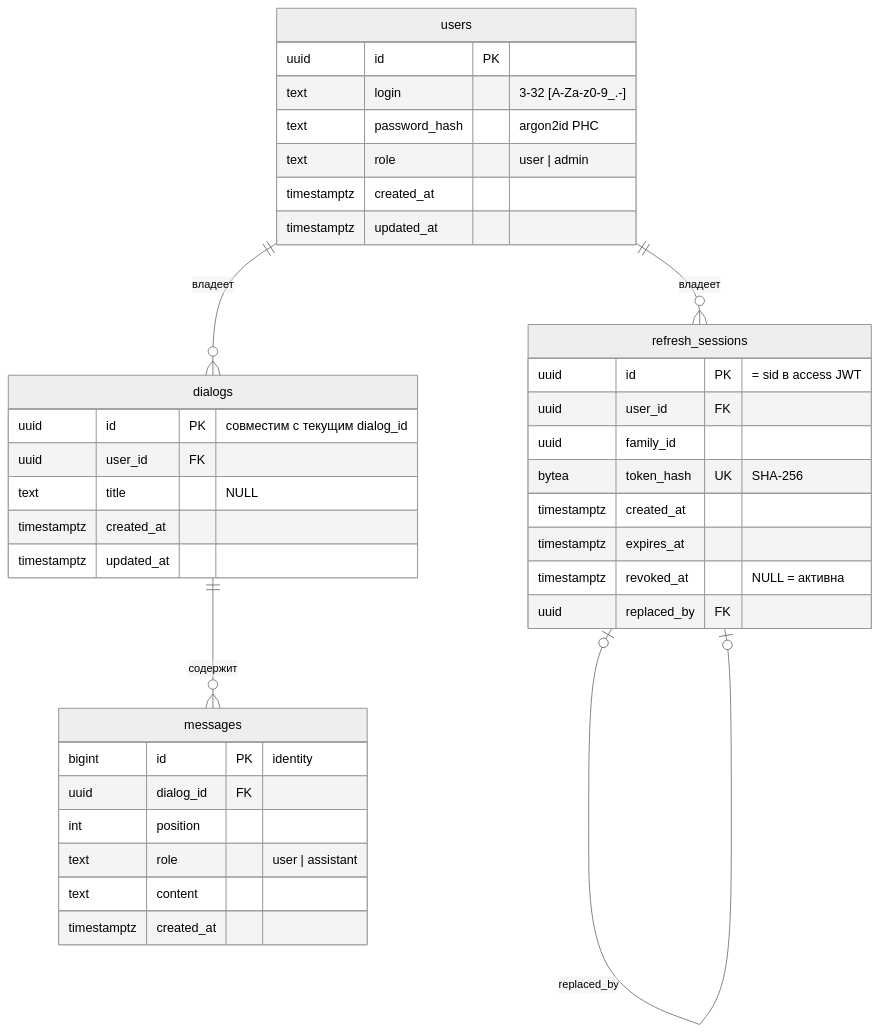
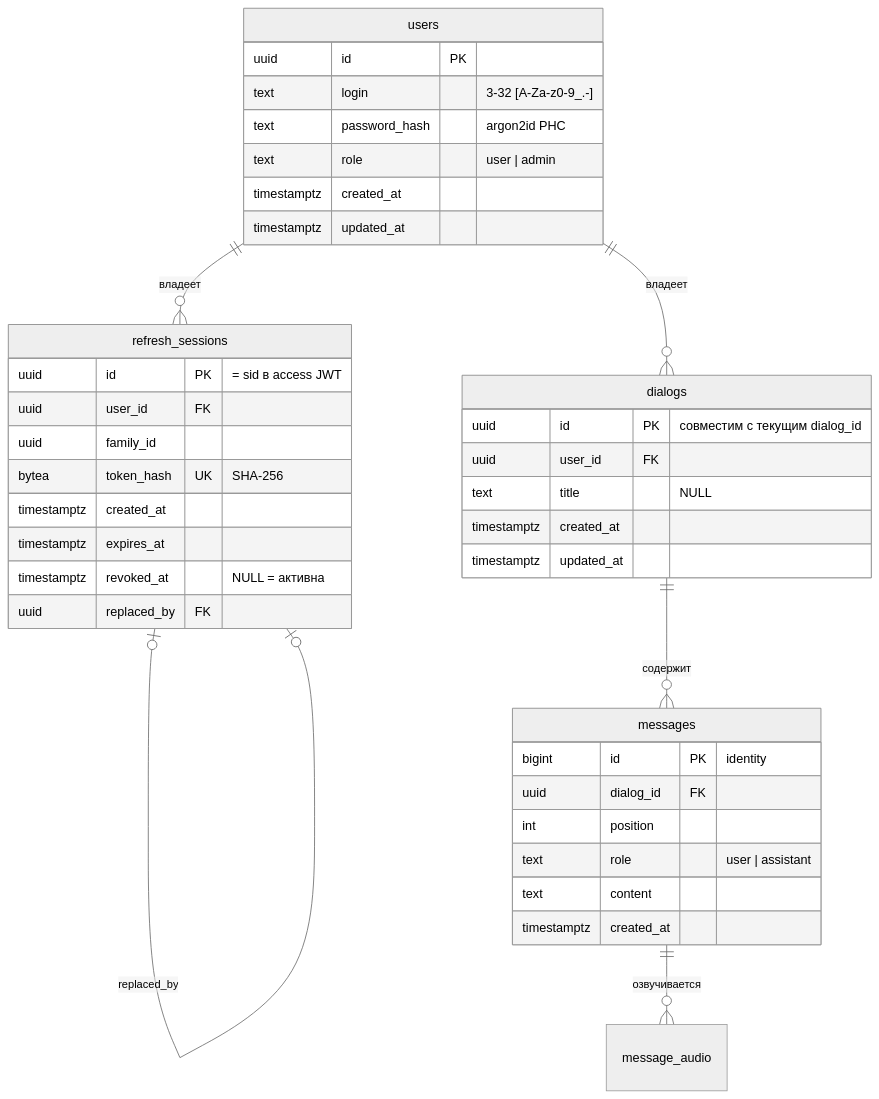
One commit to Nisakoo/BMSTU-NIRS changed the diagram in docs/database.md. Above: the diagram before and after it, drawn with Mermaid (neutral theme). The commit also changed other lines of this file and 69 other files, not shown here.

````diff
--- a/docs/database.md
+++ b/docs/database.md
@@ -50,41 +51,42 @@
 ```mermaid
 erDiagram
     users ||--o{ refresh_sessions : "владеет"
     users ||--o{ dialogs : "владеет"
     dialogs ||--o{ messages : "содержит"
+    messages ||--o{ message_audio : "озвучивается"
     refresh_sessions |o--o| refresh_sessions : "replaced_by"
 
     users {
         uuid id PK
         text login "3-32 [A-Za-z0-9_.-]"
         text password_hash "argon2id PHC"
         text role "user | admin"
         timestamptz created_at
         timestamptz updated_at
     }
     refresh_sessions {
         uuid id PK "= sid в access JWT"
         uuid user_id FK
         uuid family_id
         bytea token_hash UK "SHA-256"
         timestamptz created_at
         timestamptz expires_at
         timestamptz revoked_at "NULL = активна"
         uuid replaced_by FK
     }
     dialogs {
         uuid id PK "совместим с текущим dialog_id"
         uuid user_id FK
         text title "NULL"
         timestamptz created_at
         timestamptz updated_at
     }
     messages {
         bigint id PK "identity"
         uuid dialog_id FK
         int position
         text role "user | assistant"
         text content
         timestamptz created_at
     }
 ```
````
